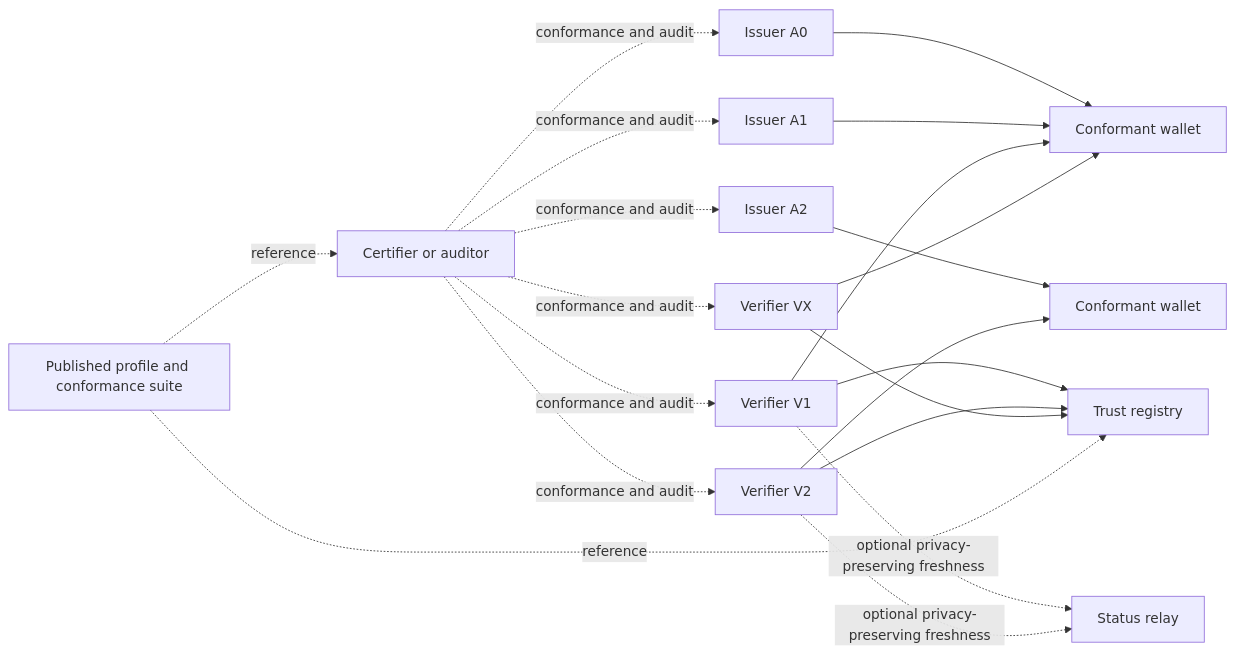
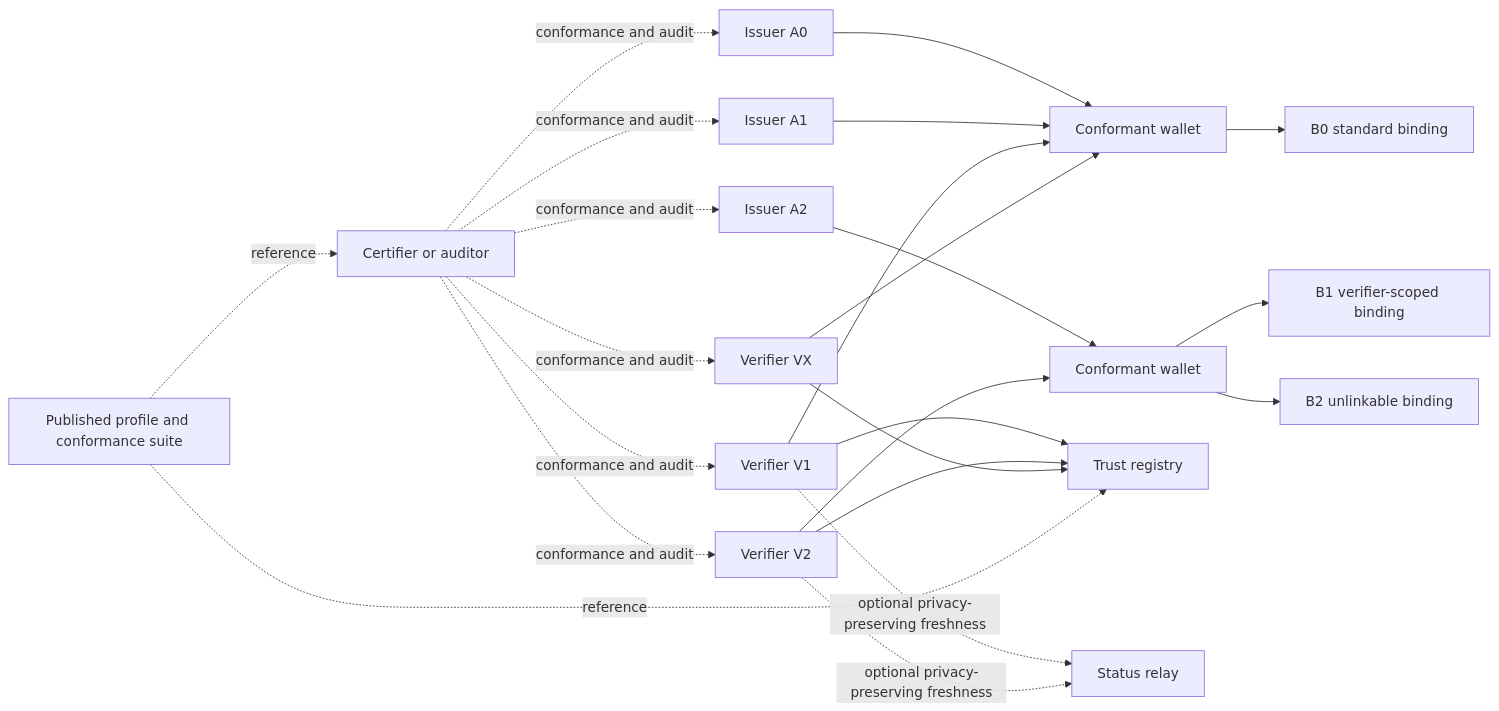
The diagram in docs/architecture/POTENTIAL_FINAL_STATE.md (JGx101/Minimal-Age-Disclosure), drawn with Mermaid before and after one commit. The commit also changed other lines of this file and 34 other files, not shown here.

Commit message:
Resolve architecture gaps for binding and conformance

````diff
--- a/docs/architecture/POTENTIAL_FINAL_STATE.md
+++ b/docs/architecture/POTENTIAL_FINAL_STATE.md
@@ -32,27 +32,31 @@
 ```mermaid
 flowchart LR
     I1[Issuer A0] --> W1[Conformant wallet]
     I2[Issuer A1] --> W1
     I3[Issuer A2] --> W2[Conformant wallet]
 
     V1[Verifier V1] --> W1
     V2[Verifier V2] --> W2
     VX[Verifier VX] --> W1
+
+    W1 --> B0[B0 standard binding]
+    W2 --> B1[B1 verifier-scoped binding]
+    W2 --> B2[B2 unlinkable binding]
 
     V1 --> T[Trust registry]
     V2 --> T
     VX --> T
 
     V1 -. optional privacy-preserving freshness .-> S[Status relay]
     V2 -. optional privacy-preserving freshness .-> S
 
     C[Certifier or auditor] -. conformance and audit .-> I1
     C -. conformance and audit .-> I2
     C -. conformance and audit .-> I3
     C -. conformance and audit .-> V1
     C -. conformance and audit .-> V2
     C -. conformance and audit .-> VX
 
     P[Published profile and conformance suite] -. reference .-> C
     P -. reference .-> T
 ```
````
